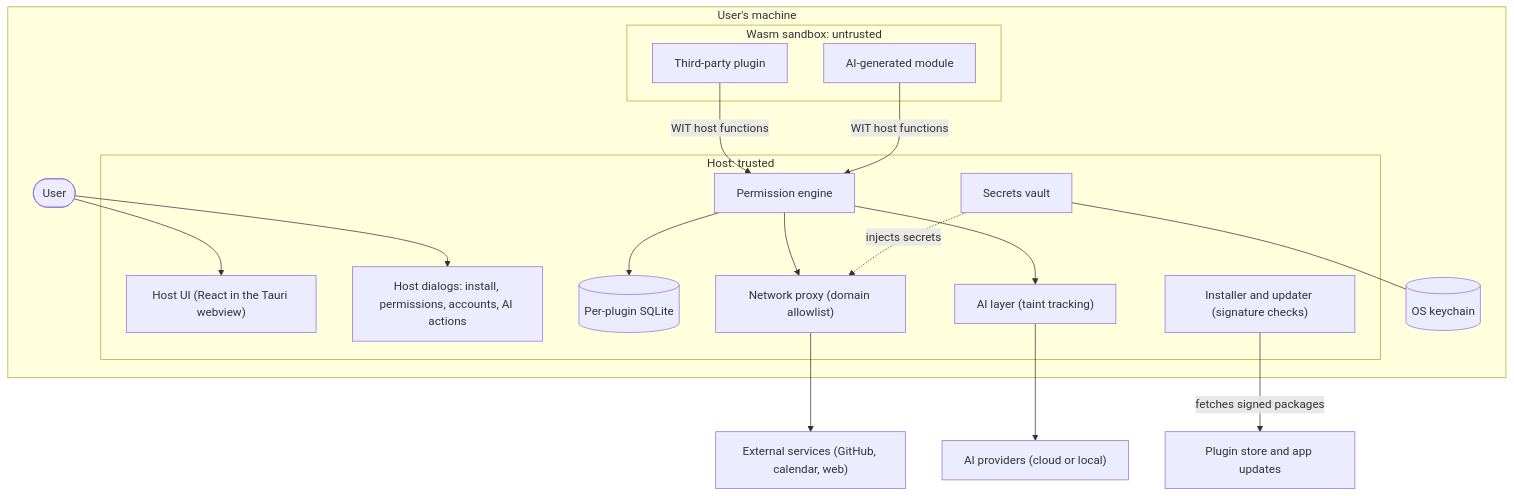
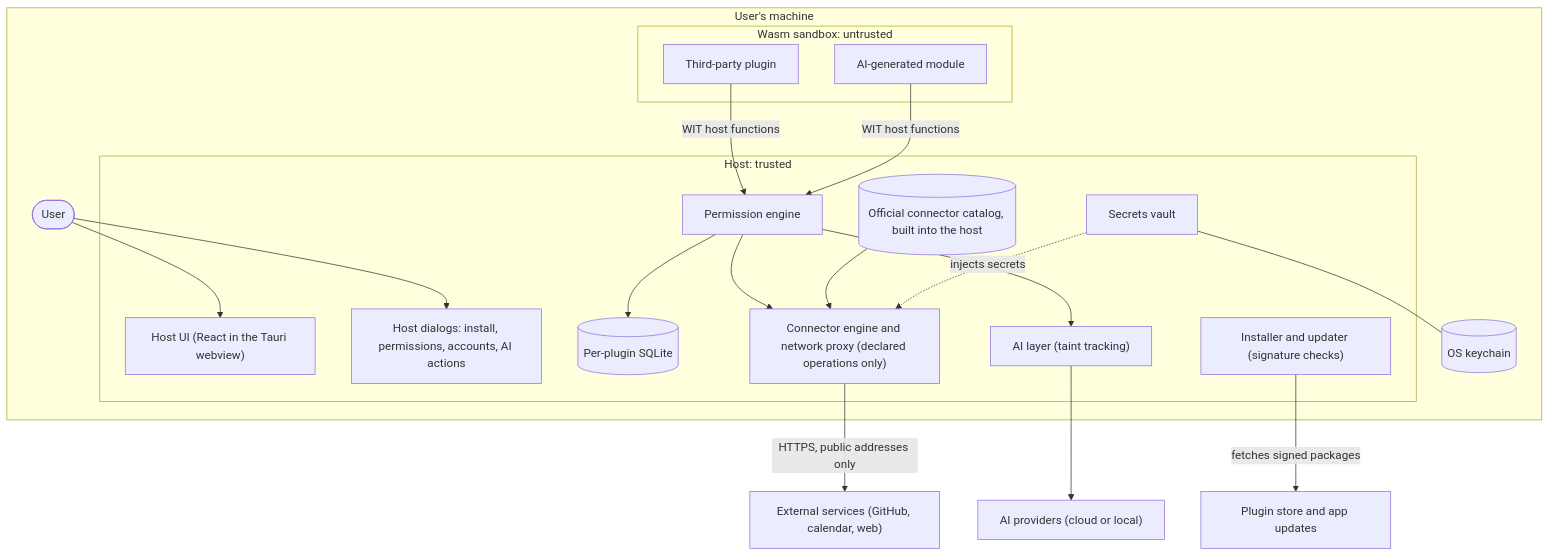
One commit to philipesantos/dashboard changed the diagram in docs/threat-model.md. Above: the diagram before and after it, drawn with Mermaid. The commit also changed other lines of this file and 1 other file, not shown here.

First line of the commit message:
docs: replace the domain allowlist with connectors in the threat model (T064)

````diff
--- a/docs/threat-model.md
+++ b/docs/threat-model.md
@@ -11,38 +11,40 @@
 ```mermaid
 flowchart TB
     subgraph machine["User's machine"]
         user([User])
         subgraph sandbox["Wasm sandbox: untrusted"]
             plugin["Third-party plugin"]
             generated["AI-generated module"]
         end
         subgraph host["Host: trusted"]
             ui["Host UI (React in the Tauri webview)"]
             dialogs["Host dialogs: install, permissions, accounts, AI actions"]
             perm["Permission engine"]
             vault["Secrets vault"]
             db[("Per-plugin SQLite")]
-            proxy["Network proxy (domain allowlist)"]
+            connectors["Connector engine and network proxy (declared operations only)"]
+            catalog[("Official connector catalog, built into the host")]
             ailayer["AI layer (taint tracking)"]
             installer["Installer and updater (signature checks)"]
         end
         keychain[("OS keychain")]
     end
 
     ext["External services (GitHub, calendar, web)"]
     llm["AI providers (cloud or local)"]
     dist["Plugin store and app updates"]
 
     user --> ui
     user --> dialogs
     plugin -- "WIT host functions" --> perm
     generated -- "WIT host functions" --> perm
     perm --> db
-    perm --> proxy
+    perm --> connectors
     perm --> ailayer
-    vault -. "injects secrets" .-> proxy
+    catalog --> connectors
+    vault -. "injects secrets" .-> connectors
     vault --- keychain
-    proxy --> ext
+    connectors -- "HTTPS, public addresses only" --> ext
     ailayer --> llm
     installer -- "fetches signed packages" --> dist
 ```
````
